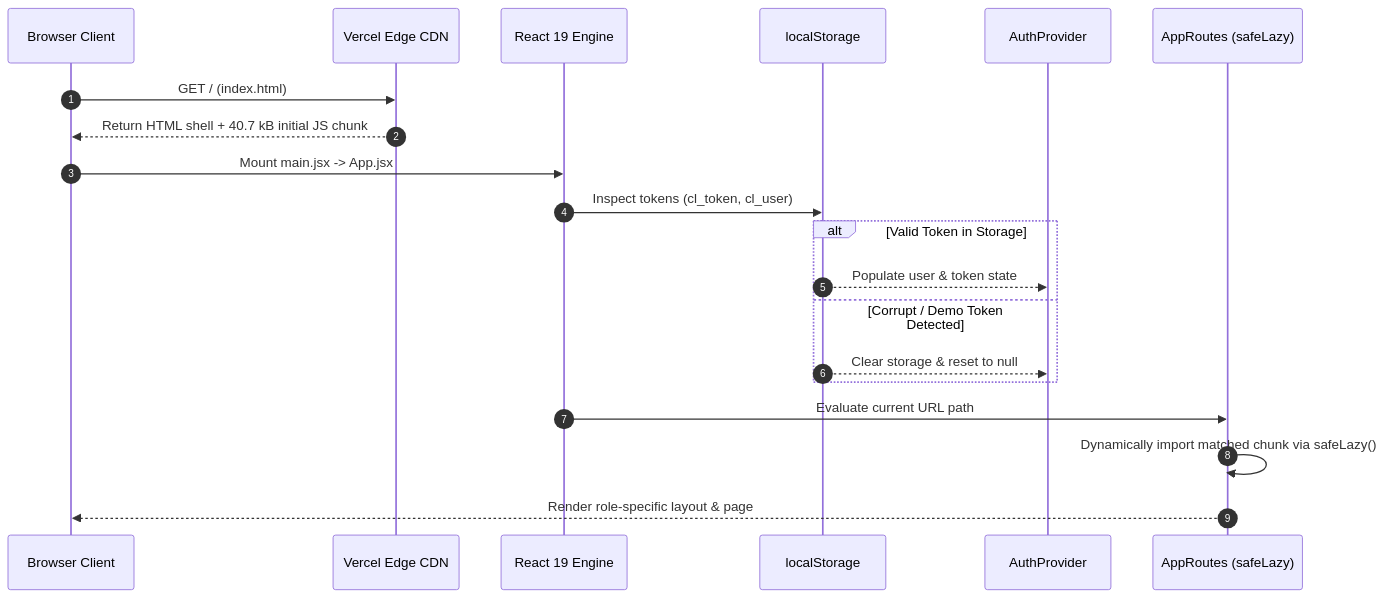
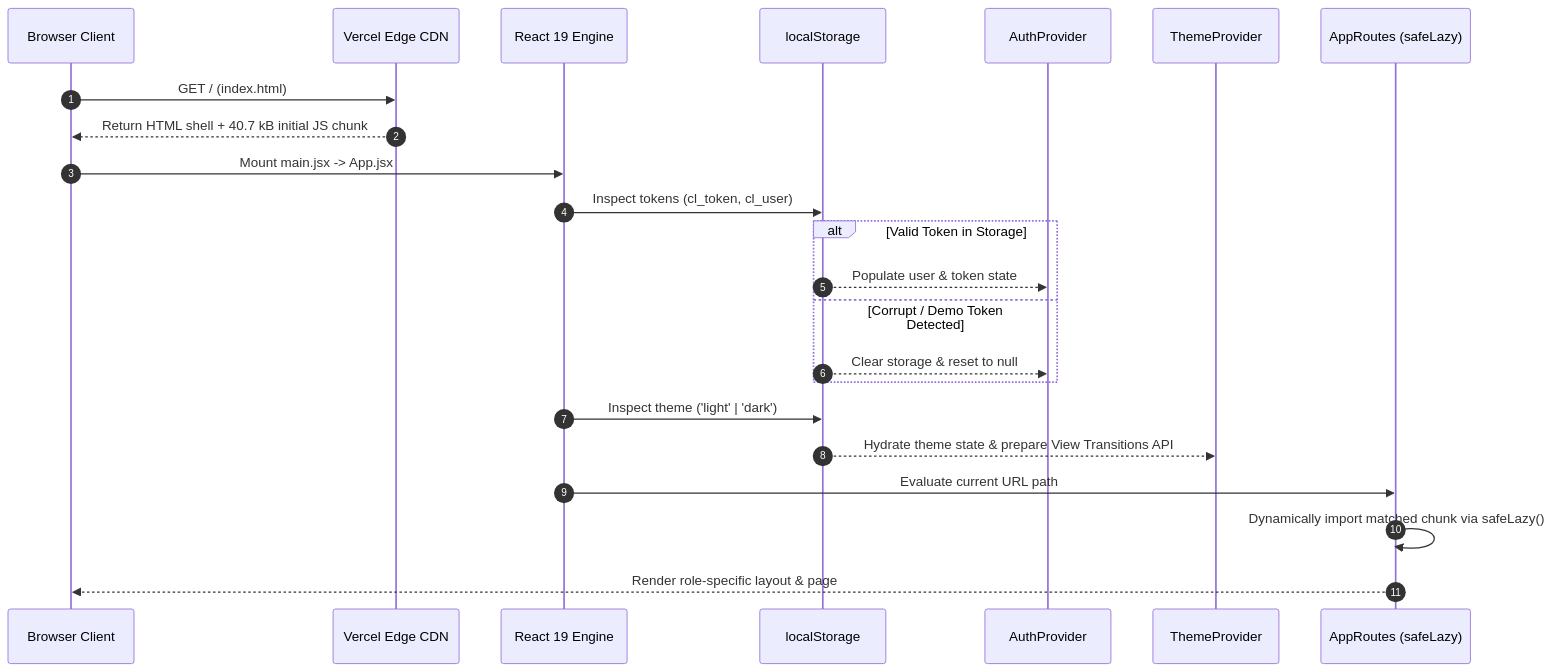
The second of 11 diagrams in docs/SYSTEM_FLOWS.md (Laykimhoung/careerlens), drawn with Mermaid before and after one commit. The commit also changed other lines of this file and 8 other files, not shown here.

````diff
--- a/docs/SYSTEM_FLOWS.md
+++ b/docs/SYSTEM_FLOWS.md
@@ -42,23 +47,26 @@
 ```mermaid
 sequenceDiagram
     autonumber
     participant Browser as Browser Client
     participant Vercel as Vercel Edge CDN
     participant React as React 19 Engine
     participant Storage as localStorage
     participant AuthContext as AuthProvider
+    participant ThemeContext as ThemeProvider
     participant Router as AppRoutes (safeLazy)
 
     Browser->>Vercel: GET / (index.html)
     Vercel-->>Browser: Return HTML shell + 40.7 kB initial JS chunk
     Browser->>React: Mount main.jsx -> App.jsx
     React->>Storage: Inspect tokens (cl_token, cl_user)
     alt Valid Token in Storage
         Storage-->>AuthContext: Populate user & token state
     else Corrupt / Demo Token Detected
         Storage-->>AuthContext: Clear storage & reset to null
     end
+    React->>Storage: Inspect theme ('light' | 'dark')
+    Storage-->>ThemeContext: Hydrate theme state & prepare View Transitions API
     React->>Router: Evaluate current URL path
     Router->>Router: Dynamically import matched chunk via safeLazy()
     Router-->>Browser: Render role-specific layout & page
 ```
````
